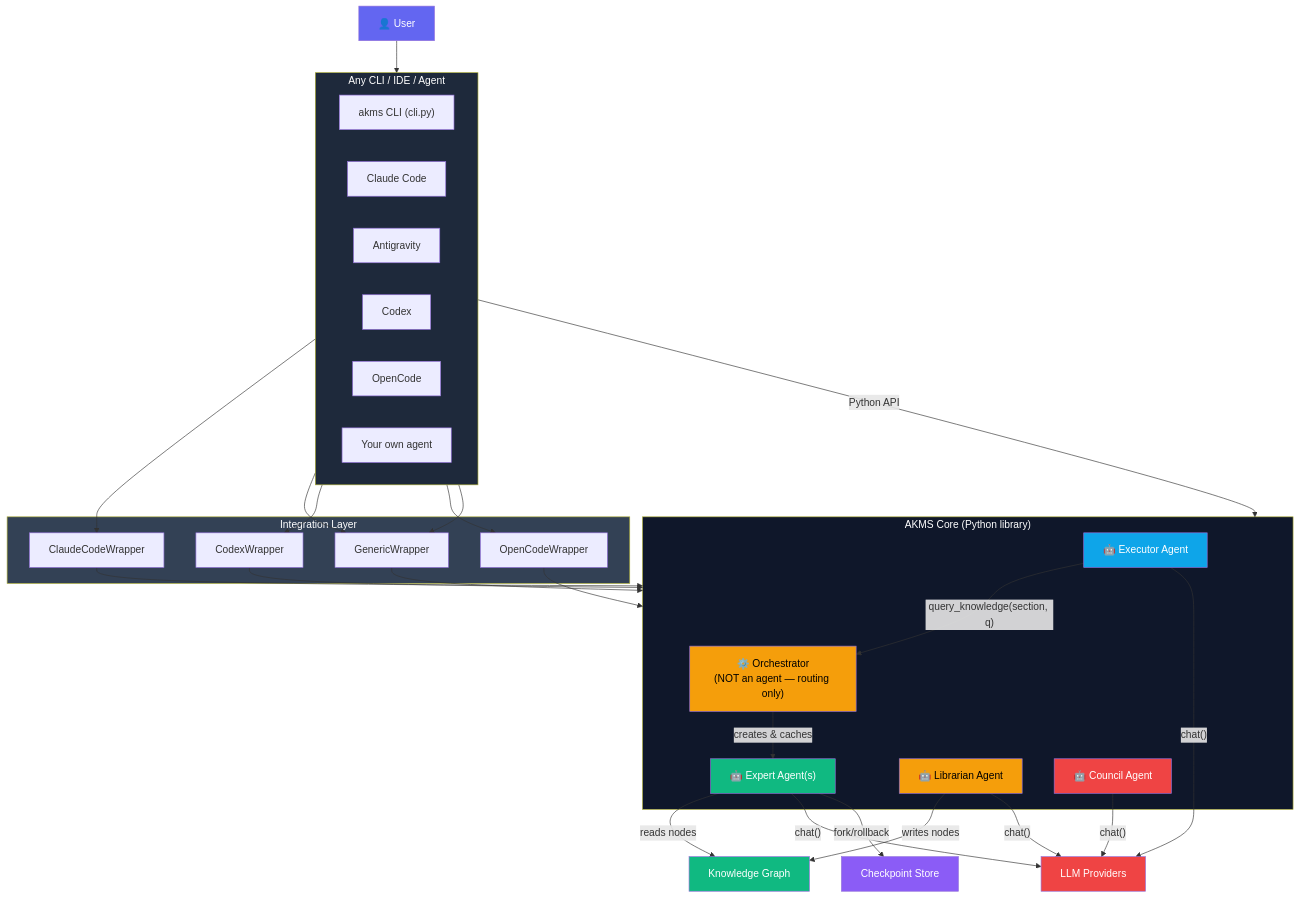
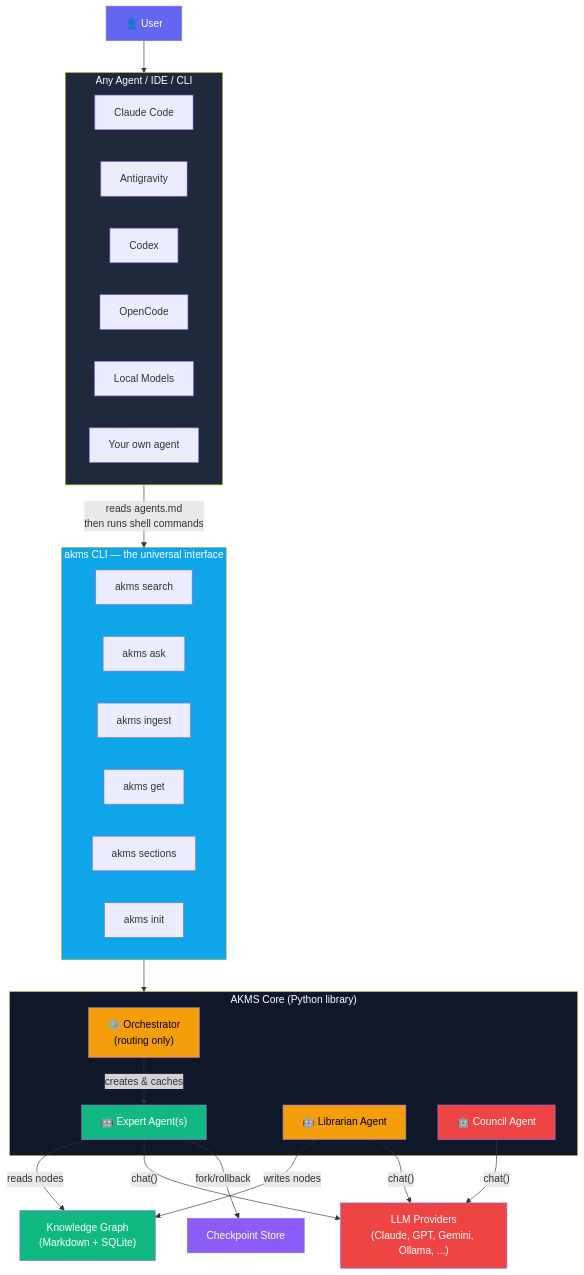
One commit to TheRealOP/Agent-Knowledge-Management-System changed the first of 18 diagrams in how-this-works.md. Above: the diagram before and after it, drawn with Mermaid. The commit also changed other lines of this file and 1 other file, not shown here.

Commit message:
more updates

````diff
--- a/how-this-works.md
+++ b/how-this-works.md
@@ -9,64 +9,58 @@
 ```mermaid
 graph TB
     User["👤 User"]
 
-    subgraph EntryPoints["Any CLI / IDE / Agent"]
+    subgraph AnyAgent["Any Agent / IDE / CLI"]
         direction LR
-        AKMSCLI["akms CLI (cli.py)"]
         CC["Claude Code"]
         AG["Antigravity"]
         CX["Codex"]
         OC["OpenCode"]
+        Local["Local Models"]
         Custom["Your own agent"]
     end
 
-    subgraph Integrations["Integration Layer"]
-        GenW["GenericWrapper"]
-        CCW["ClaudeCodeWrapper"]
-        CXW["CodexWrapper"]
-        OCW["OpenCodeWrapper"]
+    subgraph AKMSCLI["akms CLI — the universal interface"]
+        direction LR
+        Search["akms search"]
+        Ask["akms ask"]
+        Ingest["akms ingest"]
+        Get["akms get"]
+        Sections["akms sections"]
+        Init["akms init"]
     end
 
     subgraph AKMSCore["AKMS Core (Python library)"]
-        Orchestrator["⚙️ Orchestrator\n(NOT an agent — routing only)"]
-        Executor["🤖 Executor Agent"]
+        Orchestrator["⚙️ Orchestrator\n(routing only)"]
         Expert["🤖 Expert Agent(s)"]
         Librarian["🤖 Librarian Agent"]
         Council["🤖 Council Agent"]
     end
 
-    KG["Knowledge Graph"]
+    KG["Knowledge Graph\n(Markdown + SQLite)"]
     CP["Checkpoint Store"]
-    Providers["LLM Providers"]
+    Providers["LLM Providers\n(Claude, GPT, Gemini, Ollama, ...)"]
 
-    User --> EntryPoints
-    AKMSCLI -->|"Python API"| AKMSCore
-    CC --> CCW --> AKMSCore
-    AG --> GenW --> AKMSCore
-    CX --> CXW --> AKMSCore
-    OC --> OCW --> AKMSCore
-    Custom --> GenW
-
-    Executor -->|"query_knowledge(section, q)"| Orchestrator
+    User --> AnyAgent
+    AnyAgent -->|"reads agents.md\nthen runs shell commands"| AKMSCLI
+    AKMSCLI --> AKMSCore
     Orchestrator -->|"creates & caches"| Expert
     Expert -->|"reads nodes"| KG
     Librarian -->|"writes nodes"| KG
-    Executor -->|"chat()"| Providers
     Expert -->|"chat()"| Providers
     Librarian -->|"chat()"| Providers
     Council -->|"chat()"| Providers
     Expert -->|"fork/rollback"| CP
 
     style User fill:#6366f1,color:#fff
-    style EntryPoints fill:#1e293b,color:#fff
-    style Integrations fill:#334155,color:#fff
+    style AnyAgent fill:#1e293b,color:#fff
+    style AKMSCLI fill:#0ea5e9,color:#fff
     style AKMSCore fill:#0f172a,color:#fff
     style Orchestrator fill:#f59e0b,color:#000
     style KG fill:#10b981,color:#fff
     style CP fill:#8b5cf6,color:#fff
     style Providers fill:#ef4444,color:#fff
-    style Executor fill:#0ea5e9,color:#fff
     style Expert fill:#10b981,color:#fff
     style Librarian fill:#f59e0b,color:#000
     style Council fill:#ef4444,color:#fff
 ```
````
